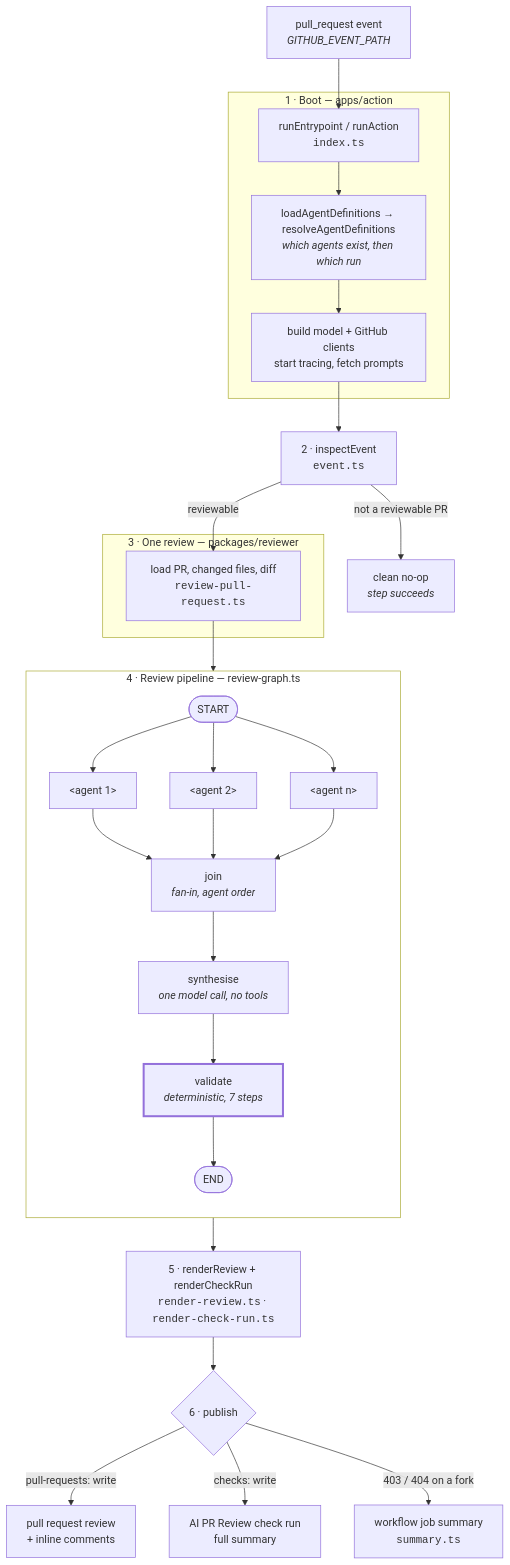
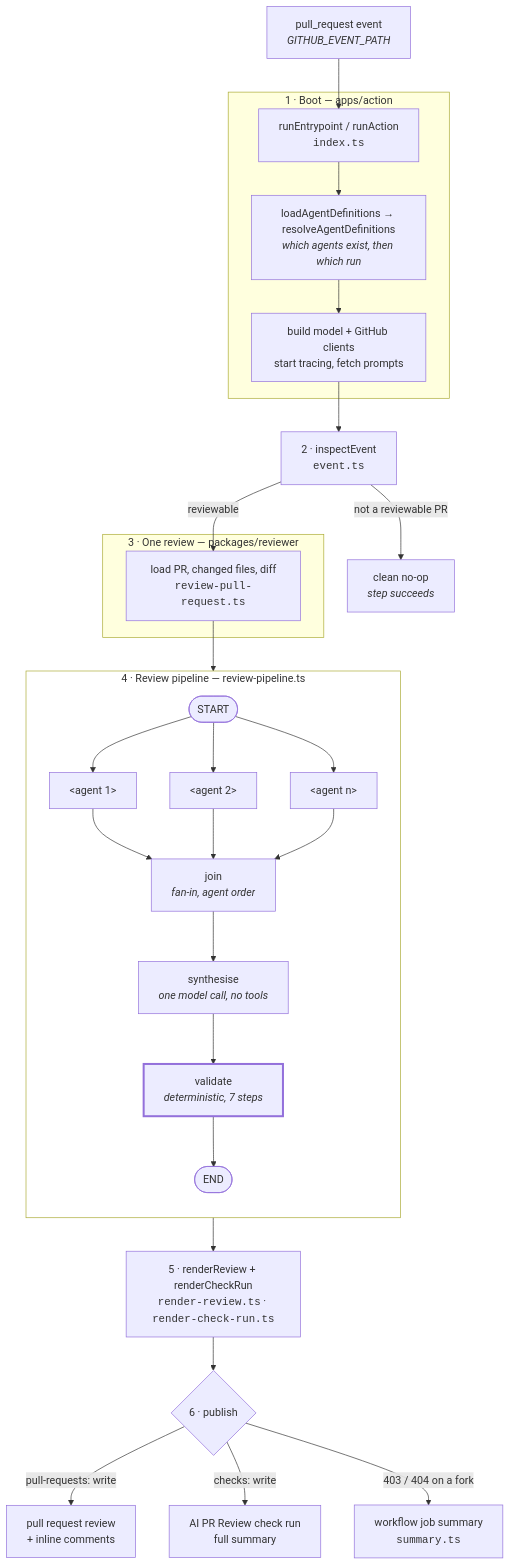
The diagram in docs/agent-flow.md (sunnyeyles/pr-review-agents), drawn with Mermaid before and after one commit. The commit also changed other lines of this file and 11 other files, not shown here.

First line of the commit message:
refactor(reviewer): rename review-graph.ts to review-pipeline.ts

````diff
--- a/docs/agent-flow.md
+++ b/docs/agent-flow.md
@@ -19,43 +19,43 @@
 ```mermaid
 flowchart TD
     EVENT["pull_request event<br/><i>GITHUB_EVENT_PATH</i>"] --> ENTRY
 
     subgraph BOOT["1 · Boot — apps/action"]
         ENTRY["runEntrypoint / runAction<br/><code>index.ts</code>"]
         ENTRY --> AGENT["loadAgentDefinitions → resolveAgentDefinitions<br/><i>which agents exist, then which run</i>"]
         AGENT --> CLIENTS["build model + GitHub clients<br/>start tracing, fetch prompts"]
     end
 
     CLIENTS --> INSPECT["2 · inspectEvent<br/><code>event.ts</code>"]
     INSPECT -->|not a reviewable PR| NOOP["clean no-op<br/><i>step succeeds</i>"]
     INSPECT -->|reviewable| LOAD
 
     subgraph REVIEW["3 · One review — packages/reviewer"]
         LOAD["load PR, changed files, diff<br/><code>review-pull-request.ts</code>"]
     end
 
-    LOAD --> GRAPH
+    LOAD --> PIPELINE
 
-    subgraph GRAPH["4 · Review pipeline — review-graph.ts"]
+    subgraph PIPELINE["4 · Review pipeline — review-pipeline.ts"]
         direction TB
         START(["START"])
         START --> A1["&lt;agent 1&gt;"]
         START --> A2["&lt;agent 2&gt;"]
         START --> A3["&lt;agent n&gt;"]
         A1 --> JOIN["join<br/><i>fan-in, agent order</i>"]
         A2 --> JOIN
         A3 --> JOIN
         JOIN --> SYNTH["synthesise<br/><i>one model call, no tools</i>"]
         SYNTH --> VAL["validate<br/><i>deterministic, 7 steps</i>"]
         VAL --> ENDN(["END"])
     end
 
-    GRAPH --> RENDER["5 · renderReview + renderCheckRun<br/><code>render-review.ts</code> · <code>render-check-run.ts</code>"]
+    PIPELINE --> RENDER["5 · renderReview + renderCheckRun<br/><code>render-review.ts</code> · <code>render-check-run.ts</code>"]
     RENDER --> PUB{"6 · publish"}
     PUB -->|pull-requests: write| COMMENTS["pull request review<br/>+ inline comments"]
     PUB -->|checks: write| CHECK["AI PR Review check run<br/>full summary"]
     PUB -->|403 / 404 on a fork| SUM["workflow job summary<br/><code>summary.ts</code>"]
 
-    style GRAPH fill:transparent
+    style PIPELINE fill:transparent
     style VAL stroke-width:3px
 ```
````
